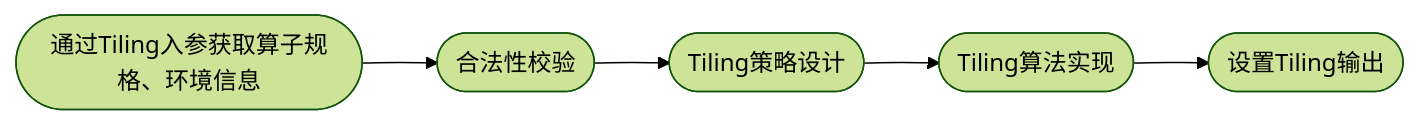
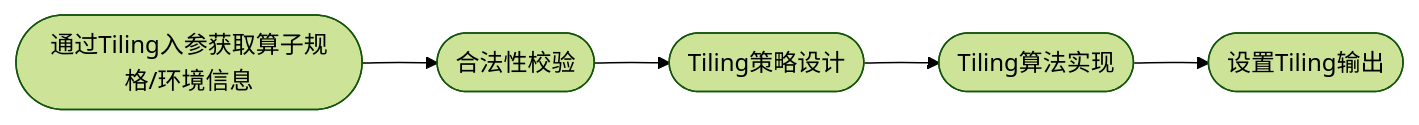
The third of 5 diagrams in docs/context/AI Core算子开发指南.md (ckorikov/cann-ops-transformer), drawn with Mermaid (forest theme) before and after one commit. The commit also changed other lines of this file and 7 other files, not shown here.

````diff
--- a/docs/context/AI Core算子开发指南.md
+++ b/docs/context/AI Core算子开发指南.md
@@ -223,7 +160,7 @@
 ```mermaid
 graph LR
-    A([通过Tiling入参获取算子规格、环境信息])  --> B([合法性校验]) 
-    B -->C([Tiling策略设计]) 
-    C -->D([Tiling算法实现]) 
-    D -->E([设置Tiling输出]) 
+    A([通过Tiling入参获取算子规格/环境信息]) --> B([合法性校验]) 
+    B --> C([Tiling策略设计]) 
+    C --> D([Tiling算法实现]) 
+    D --> E([设置Tiling输出]) 
 ```
````
